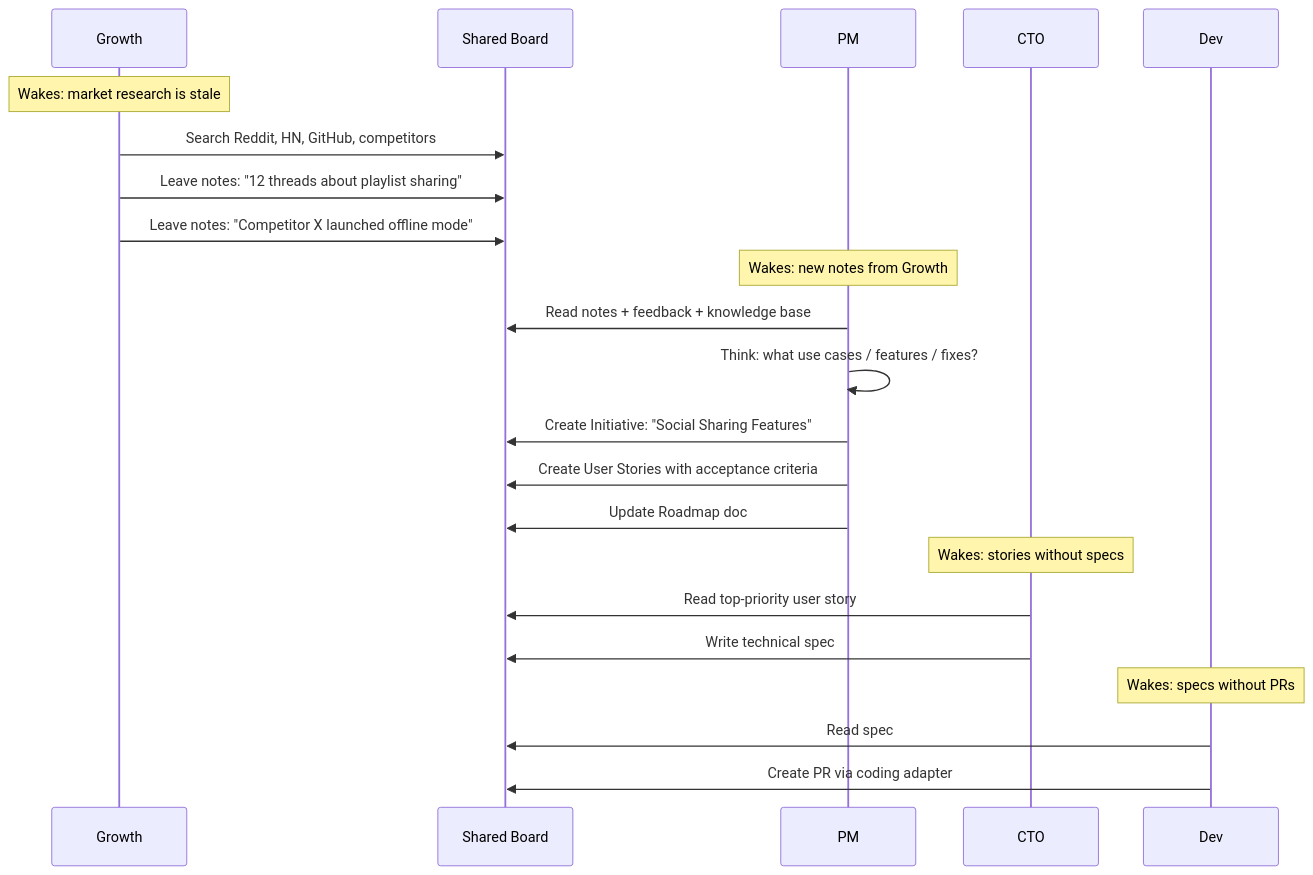
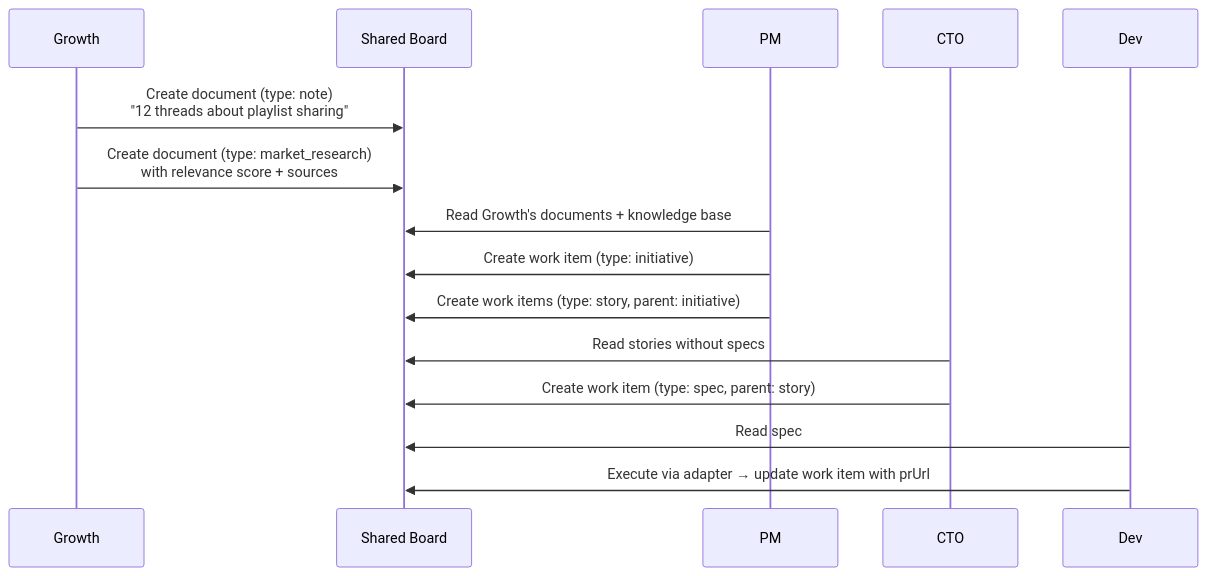
One commit to damien-schneider/reflet changed the sixth of 11 diagrams in docs/autopilot_arch_graph.md. Above: the diagram before and after it, drawn with Mermaid. The commit also changed other lines of this file and 144 other files, not shown here.

First line of the commit message:
refactor(autopilot): remove unused modules and consolidate schema into work/activity system

````diff
--- a/docs/autopilot_arch_graph.md
+++ b/docs/autopilot_arch_graph.md
@@ -139,32 +174,21 @@
 ```mermaid
 sequenceDiagram
     participant Growth as Growth
     participant Board as Shared Board
     participant PM as PM
     participant CTO as CTO
     participant Dev as Dev
 
-    Note over Growth: Wakes: market research is stale
+    Growth->>Board: Create document (type: note)<br/>"12 threads about playlist sharing"
+    Growth->>Board: Create document (type: market_research)<br/>with relevance score + sources
 
-    Growth->>Board: Search Reddit, HN, GitHub, competitors
-    Growth->>Board: Leave notes: "12 threads about playlist sharing"
-    Growth->>Board: Leave notes: "Competitor X launched offline mode"
+    PM->>Board: Read Growth's documents + knowledge base
+    PM->>Board: Create work item (type: initiative)
+    PM->>Board: Create work items (type: story, parent: initiative)
 
-    Note over PM: Wakes: new notes from Growth
-
-    PM->>Board: Read notes + feedback + knowledge base
-    PM->>PM: Think: what use cases / features / fixes?
-    PM->>Board: Create Initiative: "Social Sharing Features"
-    PM->>Board: Create User Stories with acceptance criteria
-    PM->>Board: Update Roadmap doc
-
-    Note over CTO: Wakes: stories without specs
-
-    CTO->>Board: Read top-priority user story
-    CTO->>Board: Write technical spec
-
-    Note over Dev: Wakes: specs without PRs
+    CTO->>Board: Read stories without specs
+    CTO->>Board: Create work item (type: spec, parent: story)
 
     Dev->>Board: Read spec
-    Dev->>Board: Create PR via coding adapter
+    Dev->>Board: Execute via adapter → update work item with prUrl
 ```
````
